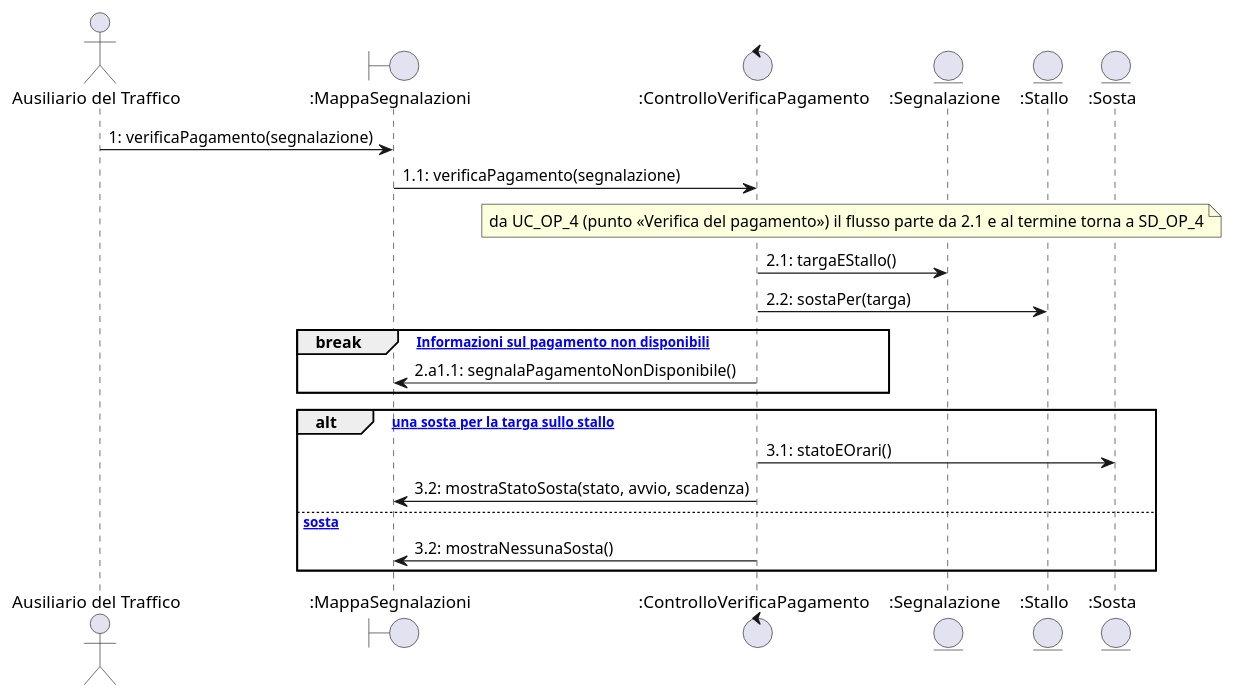
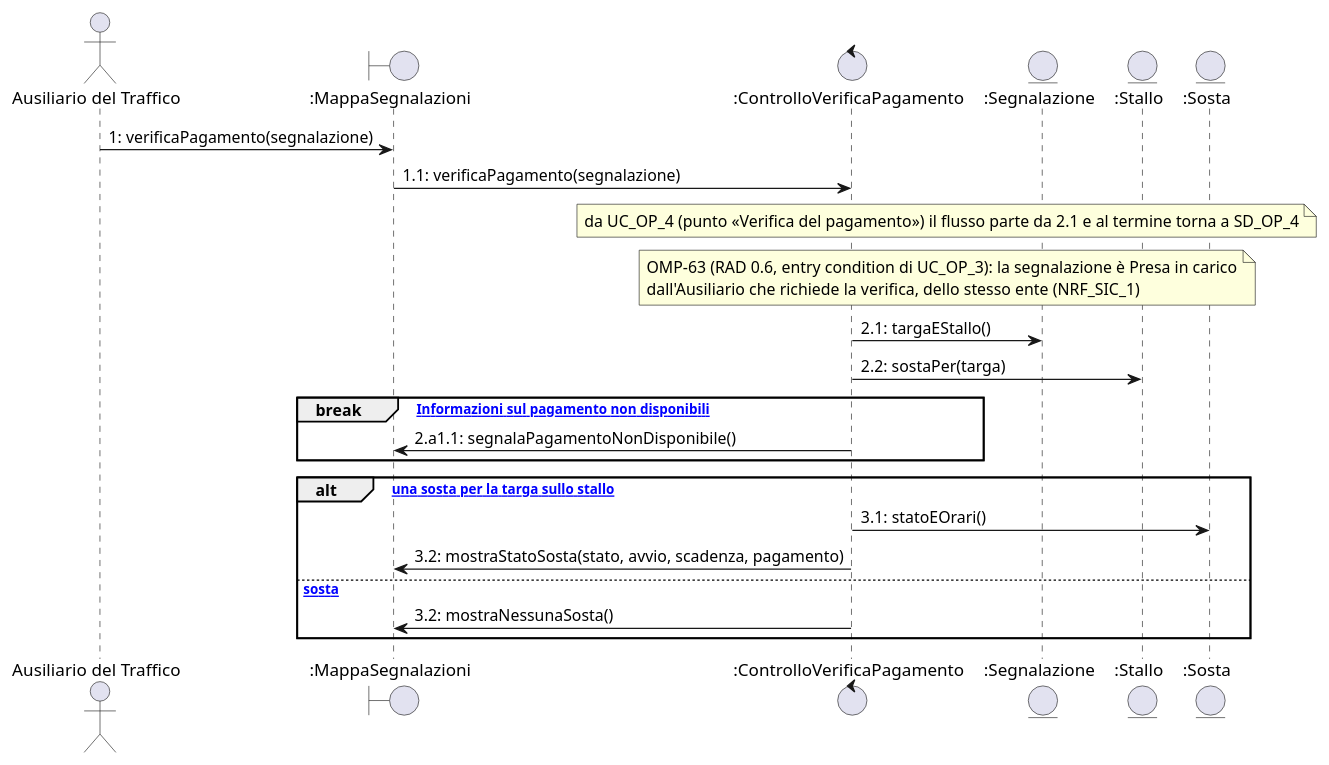
One commit to PM-C07/PM-OmniPark changed the diagram in docs/rad/sequence/sd_op_3.puml. Above: the diagram before and after it, drawn with PlantUML. The commit also changed 23 other files, not shown here.

First line of the commit message:
OMP-63: chiusura solo dopo la presa in carico, test e specifiche della parte A

```diff
--- a/docs/rad/sequence/sd_op_3.puml
+++ b/docs/rad/sequence/sd_op_3.puml
@@ -1,25 +1,26 @@
 @startuml sd_op_3
 actor "Ausiliario del Traffico" as Aus
 boundary ":MappaSegnalazioni" as UI
 control ":ControlloVerificaPagamento" as Ctrl
 entity ":Segnalazione" as Segn
 entity ":Stallo" as Stallo
 entity ":Sosta" as Sosta
 
 Aus -> UI : 1: verificaPagamento(segnalazione)
 UI -> Ctrl : 1.1: verificaPagamento(segnalazione)
 note over Ctrl, Segn : da UC_OP_4 (punto «Verifica del pagamento») il flusso parte da 2.1 e al termine torna a SD_OP_4
+note over Ctrl, Segn : OMP-63 (RAD 0.6, entry condition di UC_OP_3): la segnalazione è Presa in carico\ndall'Ausiliario che richiede la verifica, dello stesso ente (NRF_SIC_1)
 Ctrl -> Segn : 2.1: targaEStallo()
 Ctrl -> Stallo : 2.2: sostaPer(targa)
 
 break [2.a1 Informazioni sul pagamento non disponibili]
   Ctrl -> UI : 2.a1.1: segnalaPagamentoNonDisponibile()
 end
 
 alt [esiste una sosta per la targa sullo stallo]
   Ctrl -> Sosta : 3.1: statoEOrari()
-  Ctrl -> UI : 3.2: mostraStatoSosta(stato, avvio, scadenza)
+  Ctrl -> UI : 3.2: mostraStatoSosta(stato, avvio, scadenza, pagamento)
 else [nessuna sosta]
   Ctrl -> UI : 3.2: mostraNessunaSosta()
 end
 @enduml
```
